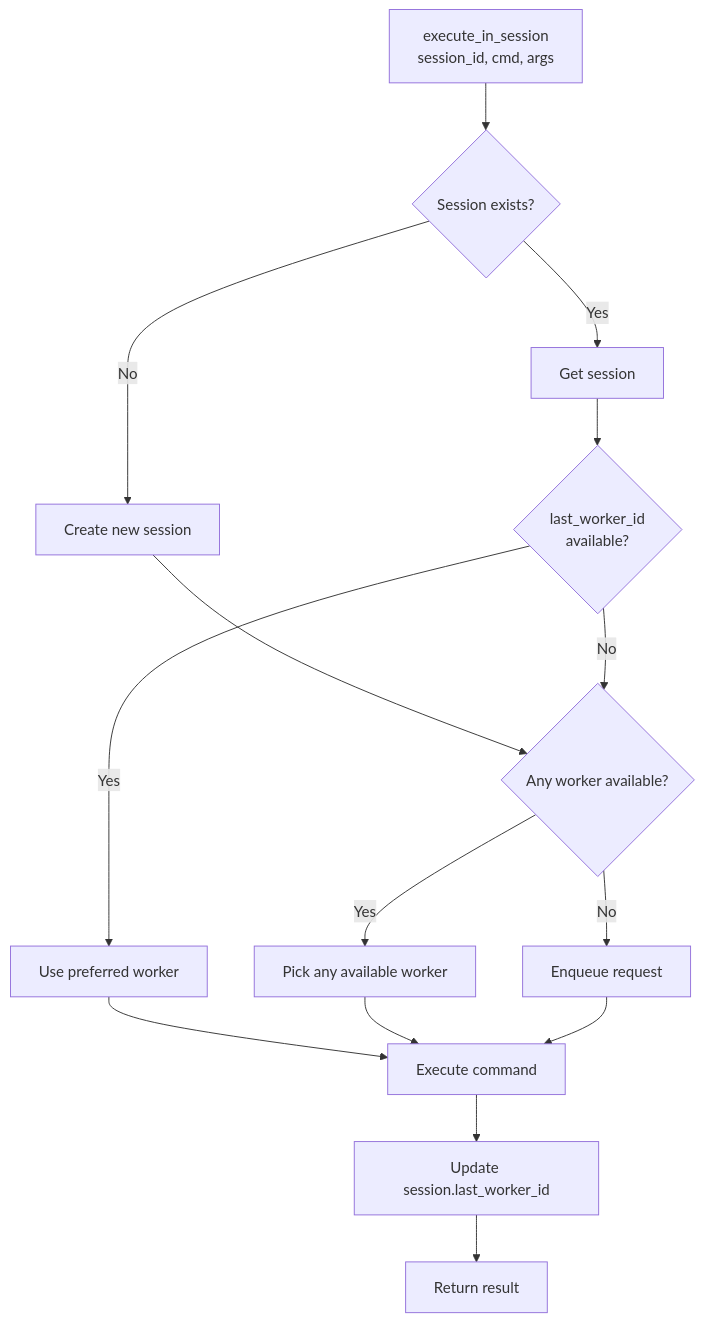
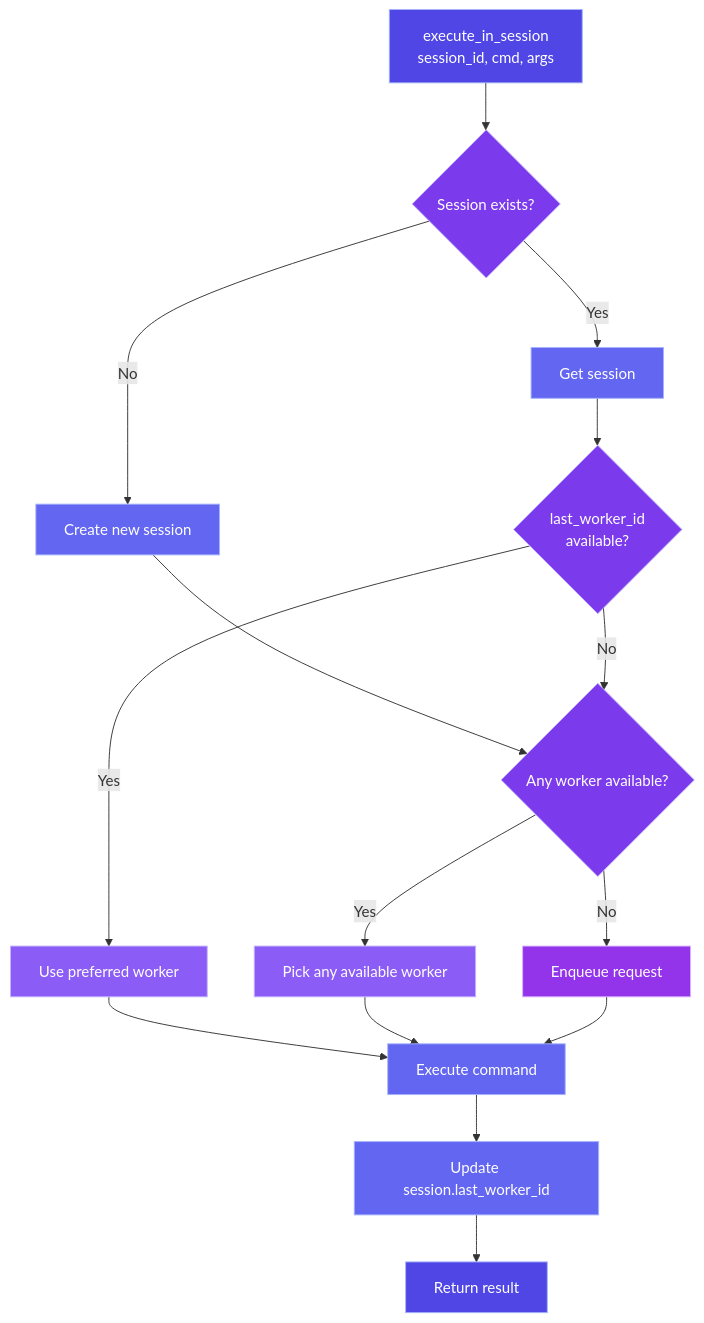
The fifth of 12 diagrams in DIAGRAMS.md (nshkrdotcom/snakepit), drawn with Mermaid before and after one commit. The commit also changed other lines of this file and 8 other files, not shown here.

First line of the commit message:
docs: add machine learning protocols and implementation roadmap

````diff
--- a/DIAGRAMS.md
+++ b/DIAGRAMS.md
@@ -149,24 +170,37 @@
 ```mermaid
 flowchart TD
     A[execute_in_session<br/>session_id, cmd, args]
 
     A --> B{Session exists?}
     B -->|No| C[Create new session]
     B -->|Yes| D[Get session]
 
     C --> E{Any worker available?}
     D --> F{last_worker_id<br/>available?}
 
     F -->|Yes| G[Use preferred worker]
     F -->|No| E
 
     E -->|Yes| H[Pick any available worker]
     E -->|No| I[Enqueue request]
 
     G --> J[Execute command]
     H --> J
     I --> J
 
     J --> K[Update session.last_worker_id]
     K --> L[Return result]
+
+    style A fill:#4f46e5,stroke:#a5b4fc,color:#fff
+    style B fill:#7c3aed,stroke:#c4b5fd,color:#fff
+    style C fill:#6366f1,stroke:#a5b4fc,color:#fff
+    style D fill:#6366f1,stroke:#a5b4fc,color:#fff
+    style E fill:#7c3aed,stroke:#c4b5fd,color:#fff
+    style F fill:#7c3aed,stroke:#c4b5fd,color:#fff
+    style G fill:#8b5cf6,stroke:#c4b5fd,color:#fff
+    style H fill:#8b5cf6,stroke:#c4b5fd,color:#fff
+    style I fill:#9333ea,stroke:#d8b4fe,color:#fff
+    style J fill:#6366f1,stroke:#a5b4fc,color:#fff
+    style K fill:#6366f1,stroke:#a5b4fc,color:#fff
+    style L fill:#4f46e5,stroke:#a5b4fc,color:#fff
 ```
````
